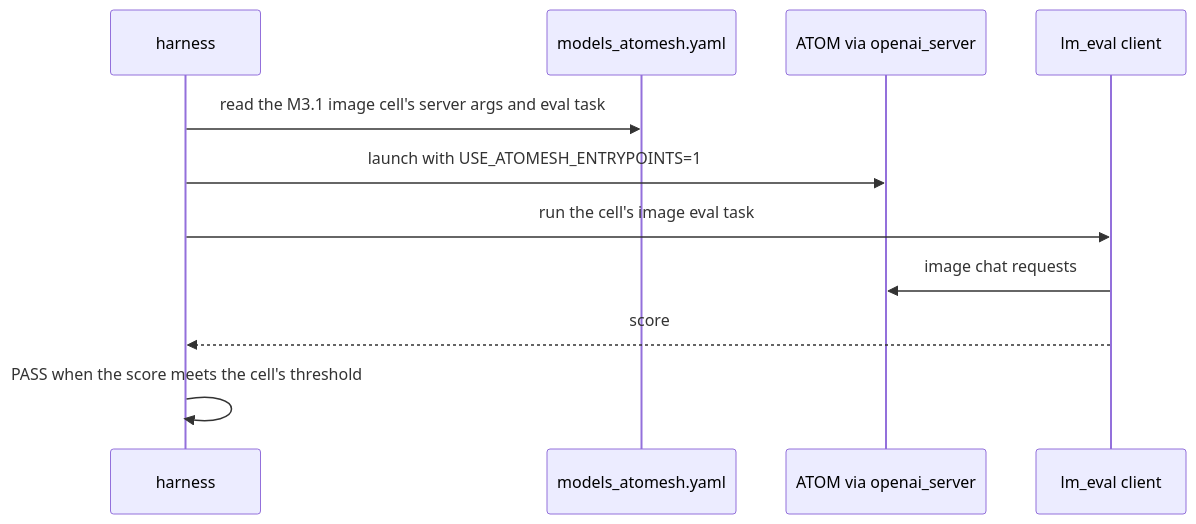
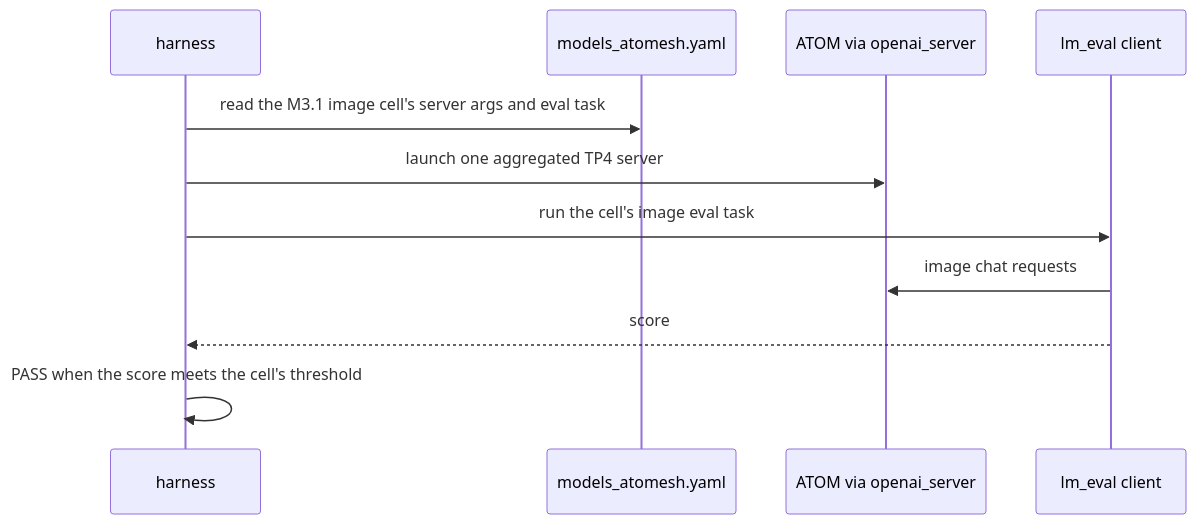
One commit to ROCm/ATOM changed the sixth of 6 diagrams in docs/atomesh_multimodal_epd.md. Above: the diagram before and after it, drawn with Mermaid. The commit also changed other lines of this file, not shown here.

First line of the commit message:
docs: the stack without #3413, and the CI case served without ATOMesh

````diff
--- a/docs/atomesh_multimodal_epd.md
+++ b/docs/atomesh_multimodal_epd.md
@@ -202,13 +202,13 @@
 ```mermaid
 sequenceDiagram
     participant H as harness
     participant Y as models_atomesh.yaml
     participant A as ATOM via openai_server
     participant L as lm_eval client
     H->>Y: read the M3.1 image cell's server args and eval task
-    H->>A: launch with USE_ATOMESH_ENTRYPOINTS=1
+    H->>A: launch one aggregated TP4 server
     H->>L: run the cell's image eval task
     L->>A: image chat requests
     L-->>H: score
     H->>H: PASS when the score meets the cell's threshold
 ```
````
